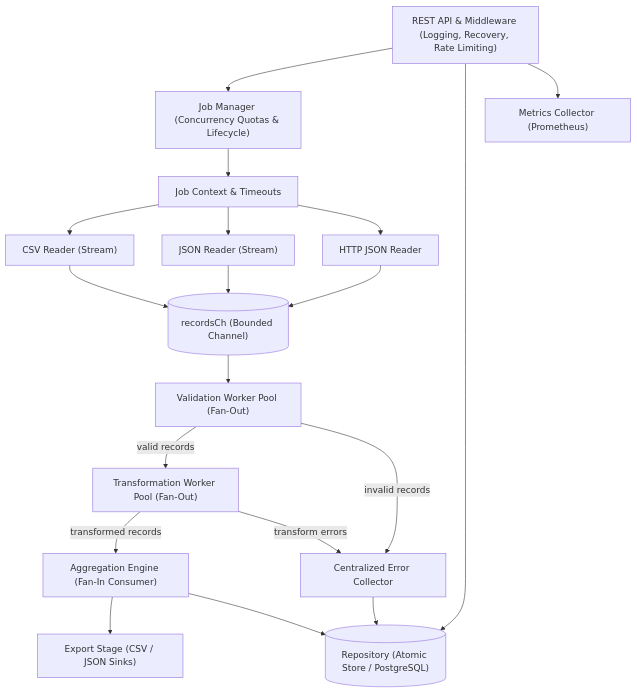
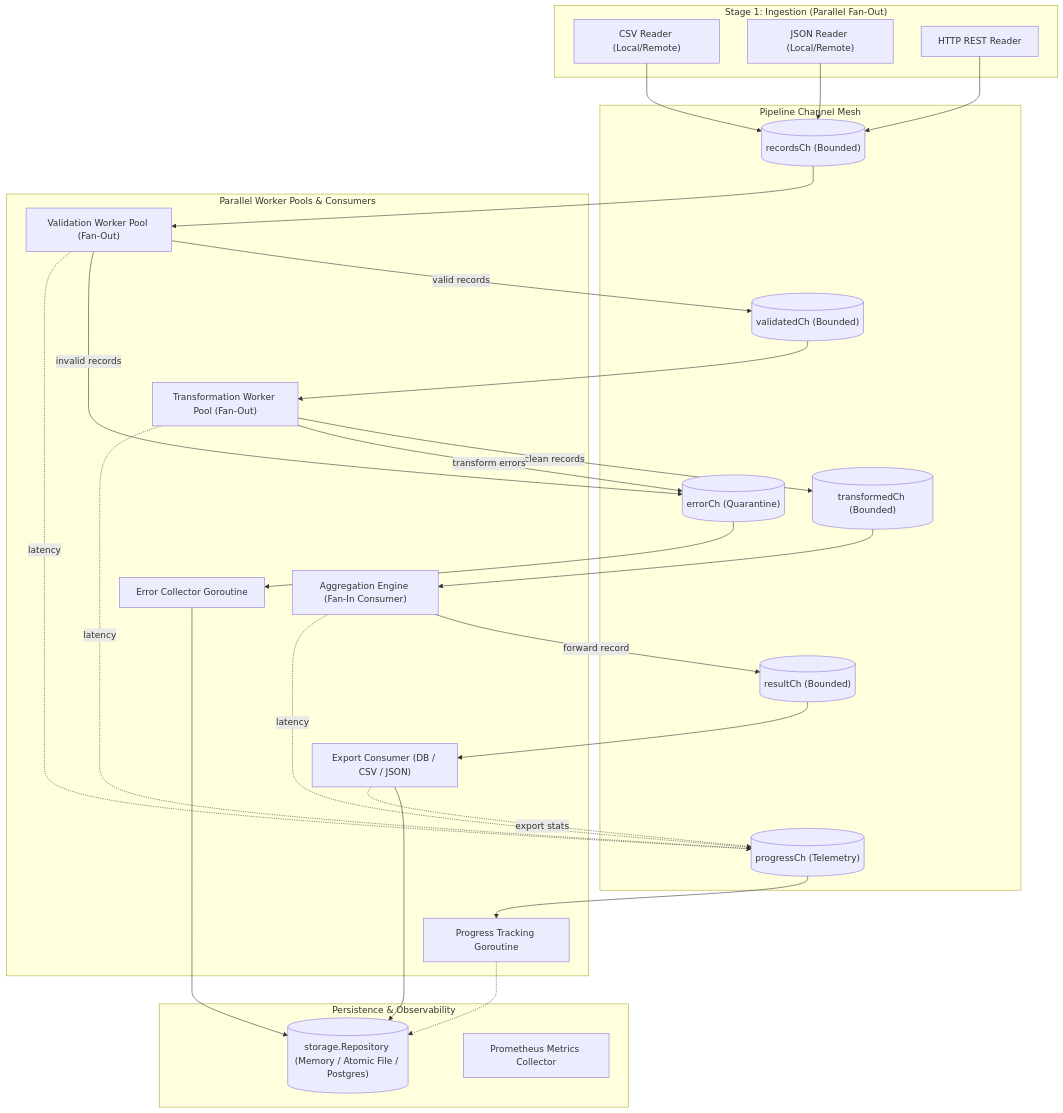
Before and after one commit to anandmindfire/Data_Processing_Pipeline: the diagram in README.md, drawn with Mermaid. The commit also changed other lines of this file and 67 other files, not shown here.

````diff
--- a/README.md
+++ b/README.md
@@ -21,21 +23,52 @@
 ```mermaid
 flowchart TD
-  API["REST API & Middleware (Logging, Recovery, Rate Limiting)"] --> MGR["Job Manager (Concurrency Quotas & Lifecycle)"]
-  MGR --> CTX["Job Context & Timeouts"]
-  CTX --> S1["CSV Reader (Stream)"]
-  CTX --> S2["JSON Reader (Stream)"]
-  CTX --> S3["HTTP JSON Reader"]
-  S1 --> R[("recordsCh (Bounded Channel)")]
+  subgraph Ingestion ["Stage 1: Ingestion (Parallel Fan-Out)"]
+    S1["CSV Reader (Local/Remote)"]
+    S2["JSON Reader (Local/Remote)"]
+    S3["HTTP REST Reader"]
+  end
+
+  subgraph Buffers ["Pipeline Channel Mesh"]
+    R[("recordsCh (Bounded)")]
+    V_CH[("validatedCh (Bounded)")]
+    T_CH[("transformedCh (Bounded)")]
+    RES_CH[("resultCh (Bounded)")]
+    ERR_CH[("errorCh (Quarantine)")]
+    PROG_CH[("progressCh (Telemetry)")]
+  end
+
+  subgraph Processing ["Parallel Worker Pools & Consumers"]
+    V["Validation Worker Pool (Fan-Out)"]
+    T["Transformation Worker Pool (Fan-Out)"]
+    A["Aggregation Engine (Fan-In Consumer)"]
+    EXP["Export Consumer (DB / CSV / JSON)"]
+    ERR_COL["Error Collector Goroutine"]
+    PROG_TRK["Progress Tracking Goroutine"]
+  end
+
+  subgraph Storage ["Persistence & Observability"]
+    REPO[("storage.Repository (Memory / Atomic File / Postgres)")]
+    MET["Prometheus Metrics Collector"]
+  end
+
+  S1 --> R
   S2 --> R
   S3 --> R
-  R --> V["Validation Worker Pool (Fan-Out)"]
-  V -->|"valid records"| T["Transformation Worker Pool (Fan-Out)"]
-  V -->|"invalid records"| E["Centralized Error Collector"]
-  T -->|"transformed records"| A["Aggregation Engine (Fan-In Consumer)"]
-  T -->|"transform errors"| E
-  A --> X["Export Stage (CSV / JSON Sinks)"]
-  A --> REPO[("Repository (Atomic Store / PostgreSQL)")]
-  E --> REPO
-  API --> REPO
-  API --> MET["Metrics Collector (Prometheus)"]
+  R --> V
+  V -->|"valid records"| V_CH
+  V -->|"invalid records"| ERR_CH
+  V -.->|"latency"| PROG_CH
+  V_CH --> T
+  T -->|"clean records"| T_CH
+  T -->|"transform errors"| ERR_CH
+  T -.->|"latency"| PROG_CH
+  T_CH --> A
+  A -->|"forward record"| RES_CH
+  A -.->|"latency"| PROG_CH
+  RES_CH --> EXP
+  EXP --> REPO
+  EXP -.->|"export stats"| PROG_CH
+  ERR_CH --> ERR_COL --> REPO
+  PROG_CH --> PROG_TRK
+  PROG_TRK -.-> REPO
 ```
````
